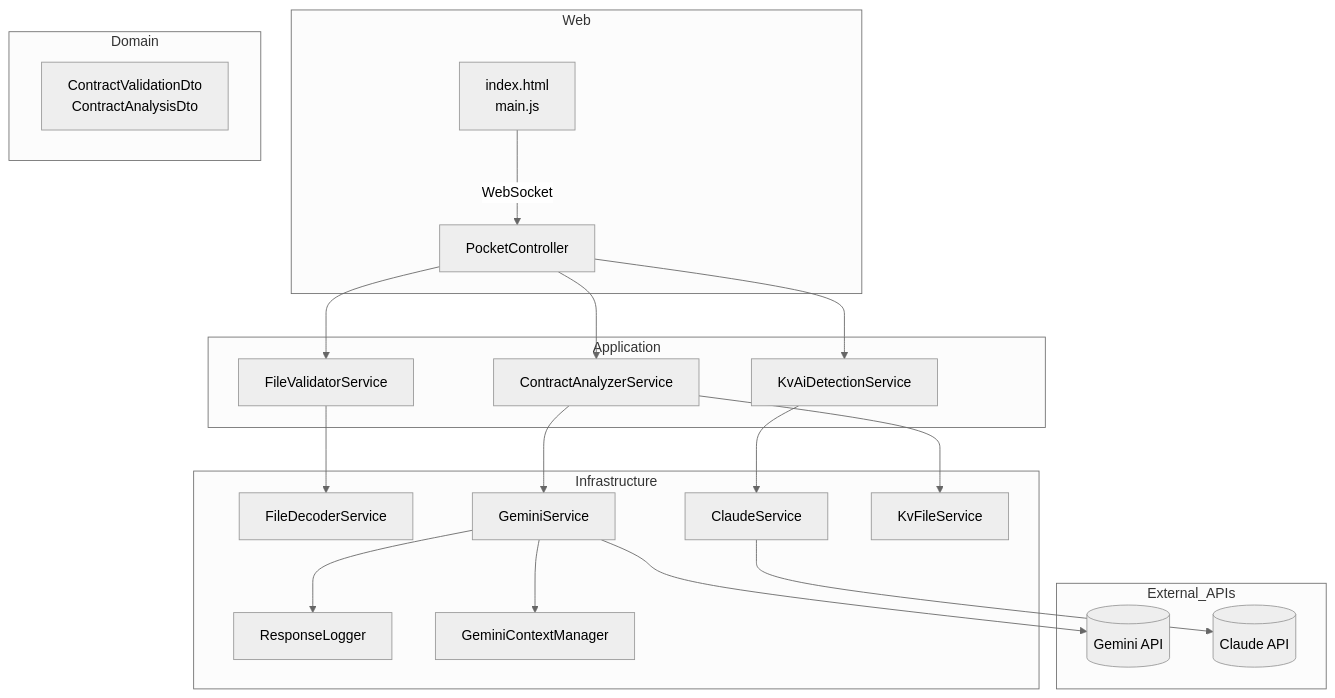
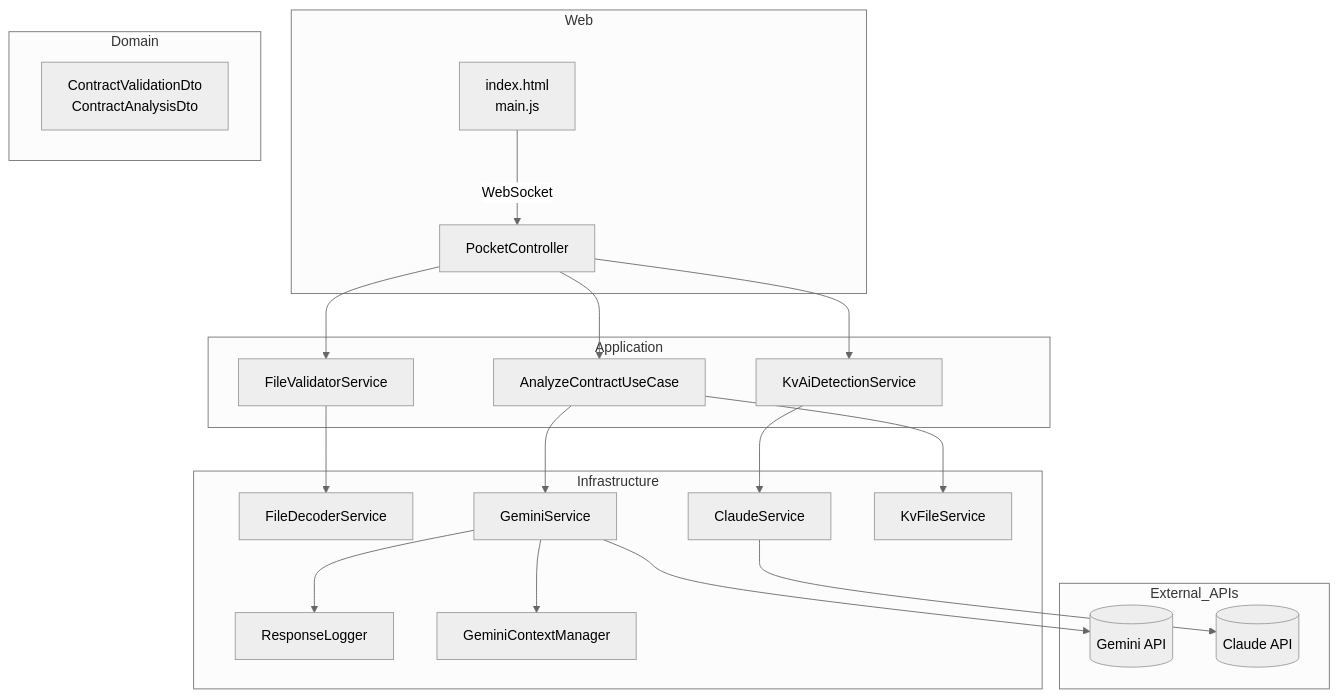
One commit to sebastian-305/PocketLawyer changed the first of 6 diagrams in docs/Diagrams/diagrams.md. Above: the diagram before and after it, drawn with Mermaid (neutral theme). The commit also changed other lines of this file and 5 other files, not shown here.

````diff
--- a/docs/Diagrams/diagrams.md
+++ b/docs/Diagrams/diagrams.md
@@ -5,40 +5,40 @@
 ```mermaid
 graph TD
     subgraph Web
         FE[index.html<br>main.js]
         PC[PocketController]
     end
     subgraph Application
         FVS[FileValidatorService]
-        CA[ContractAnalyzerService]
+        CA[AnalyzeContractUseCase]
         KAD[KvAiDetectionService]
     end
     subgraph Domain
         DTOs[ContractValidationDto\nContractAnalysisDto]
     end
     subgraph Infrastructure
         FDS[FileDecoderService]
         GEM[GeminiService]
         CLA[ClaudeService]
         KFS[KvFileService]
         RL[ResponseLogger]
         GCM[GeminiContextManager]
     end
     subgraph External_APIs
         GeminiAPI[(Gemini API)]
         ClaudeAPI[(Claude API)]
     end
 
     FE -- WebSocket --> PC
     PC --> FVS
     PC --> KAD
     PC --> CA
     FVS --> FDS
     KAD --> CLA
     CA --> GEM
     CA --> KFS
     GEM --> GCM
     GEM --> RL
     GEM --> GeminiAPI
     CLA --> ClaudeAPI
 ```
````
